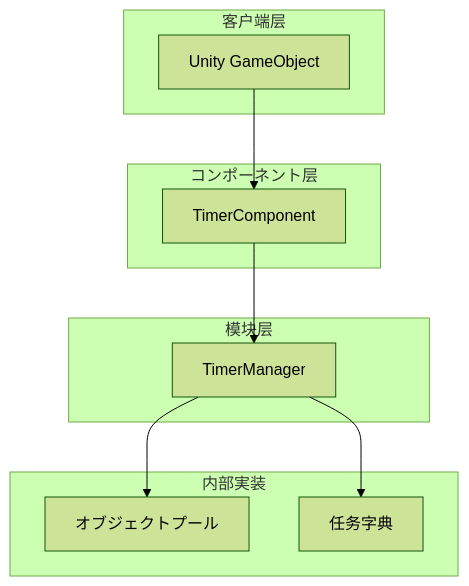
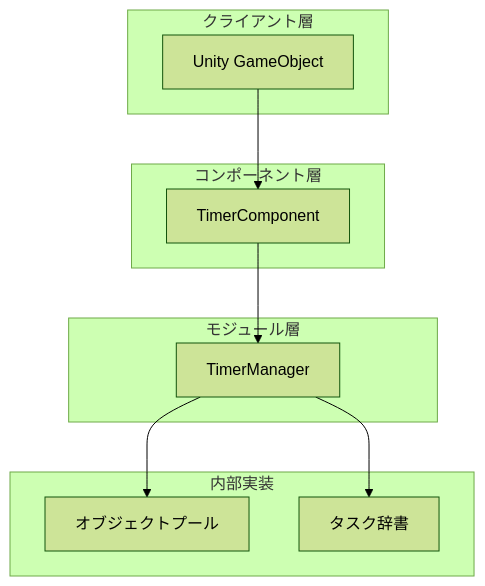
The diagram in docs/ja/client/unity/component/timer/03.getting-started.md (AlianBlank/GameFrameX.Docs), drawn with Mermaid (forest theme) before and after one commit. The commit also changed other lines of this file and 320 other files, not shown here.

````diff
--- a/docs/ja/client/unity/component/timer/03.getting-started.md
+++ b/docs/ja/client/unity/component/timer/03.getting-started.md
@@ -20,24 +20,24 @@
 ```mermaid
 flowchart TD
-    subgraph Client["客户端层"]
+    subgraph Client["クライアント層"]
         GameObject[Unity GameObject]
     end
 
-    subgraph Component["コンポーネント层"]
+    subgraph Component["コンポーネント層"]
         TC[TimerComponent]
     end
 
-    subgraph Module["模块层"]
+    subgraph Module["モジュール層"]
         TM[TimerManager]
     end
 
     subgraph Internal["内部実装"]
         Pool[オブジェクトプール]
-        Dict[任务字典]
+        Dict[タスク辞書]
     end
 
     GameObject --> TC
     TC --> TM
     TM --> Pool
     TM --> Dict
 ```
````
